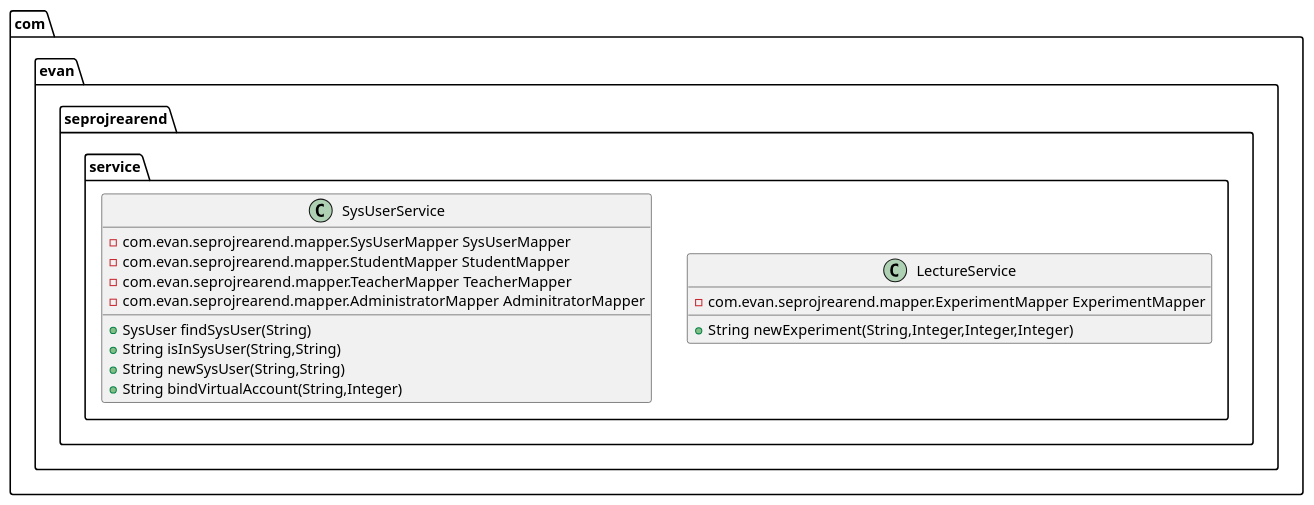
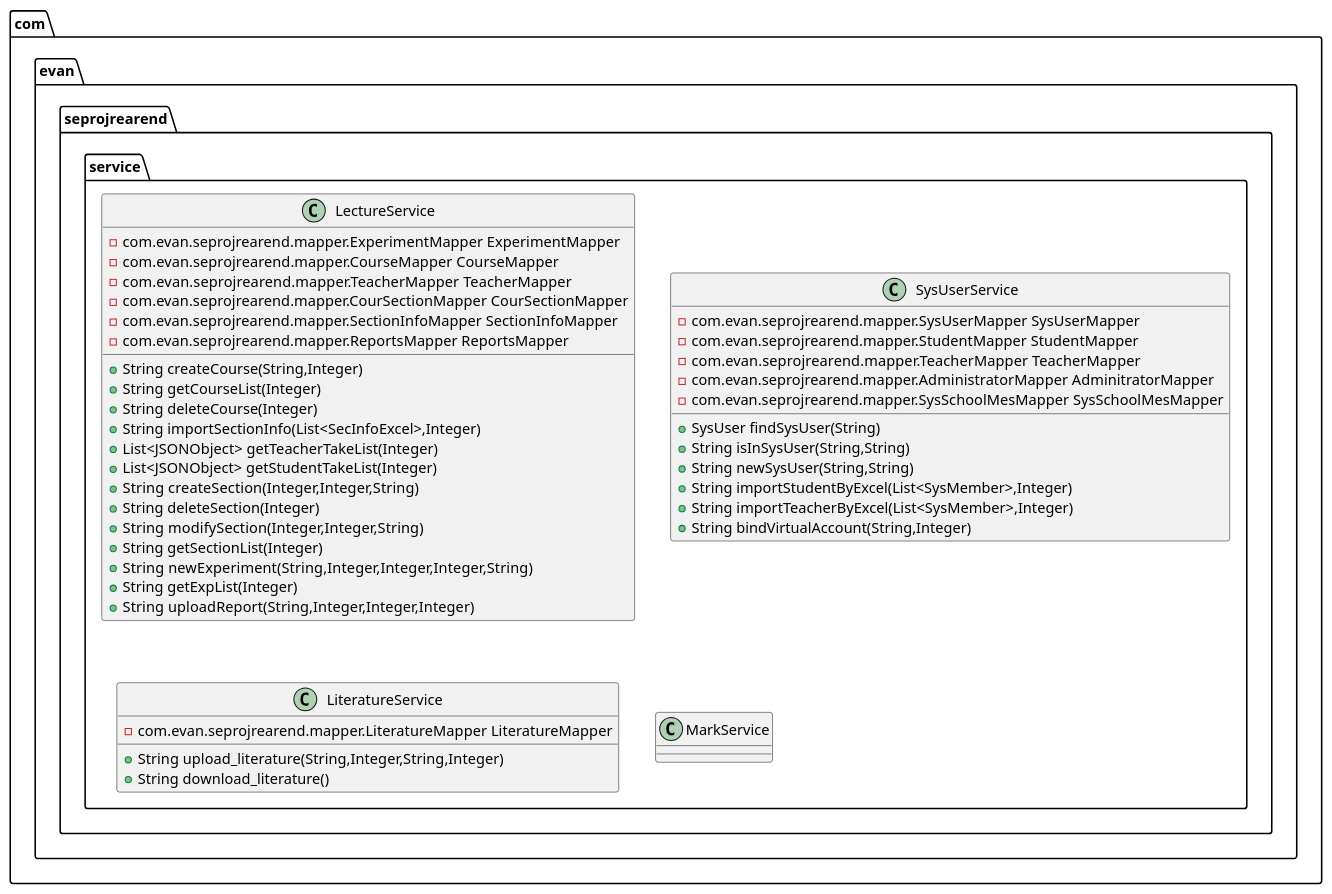
Before and after one commit to RiverLiangH/se-proj-rear-end: the diagram in service.puml, drawn with PlantUML. The commit also changed 11 other files, not shown here.

```diff
--- a/service.puml
+++ b/service.puml
@@ -1,16 +1,43 @@
 @startuml
 class com.evan.seprojrearend.service.LectureService {
 - com.evan.seprojrearend.mapper.ExperimentMapper ExperimentMapper
-+ String newExperiment(String,Integer,Integer,Integer)
+- com.evan.seprojrearend.mapper.CourseMapper CourseMapper
+- com.evan.seprojrearend.mapper.TeacherMapper TeacherMapper
+- com.evan.seprojrearend.mapper.CourSectionMapper CourSectionMapper
+- com.evan.seprojrearend.mapper.SectionInfoMapper SectionInfoMapper
+- com.evan.seprojrearend.mapper.ReportsMapper ReportsMapper
++ String createCourse(String,Integer)
++ String getCourseList(Integer)
++ String deleteCourse(Integer)
++ String importSectionInfo(List<SecInfoExcel>,Integer)
++ List<JSONObject> getTeacherTakeList(Integer)
++ List<JSONObject> getStudentTakeList(Integer)
++ String createSection(Integer,Integer,String)
++ String deleteSection(Integer)
++ String modifySection(Integer,Integer,String)
++ String getSectionList(Integer)
++ String newExperiment(String,Integer,Integer,Integer,String)
++ String getExpList(Integer)
++ String uploadReport(String,Integer,Integer,Integer)
 }
 class com.evan.seprojrearend.service.SysUserService {
 - com.evan.seprojrearend.mapper.SysUserMapper SysUserMapper
 - com.evan.seprojrearend.mapper.StudentMapper StudentMapper
 - com.evan.seprojrearend.mapper.TeacherMapper TeacherMapper
 - com.evan.seprojrearend.mapper.AdministratorMapper AdminitratorMapper
+- com.evan.seprojrearend.mapper.SysSchoolMesMapper SysSchoolMesMapper
 + SysUser findSysUser(String)
 + String isInSysUser(String,String)
 + String newSysUser(String,String)
++ String importStudentByExcel(List<SysMember>,Integer)
++ String importTeacherByExcel(List<SysMember>,Integer)
 + String bindVirtualAccount(String,Integer)
 }
+class com.evan.seprojrearend.service.LiteratureService {
+- com.evan.seprojrearend.mapper.LiteratureMapper LiteratureMapper
++ String upload_literature(String,Integer,String,Integer)
++ String download_literature()
+}
+class com.evan.seprojrearend.service.MarkService {
+}
 @enduml
```
